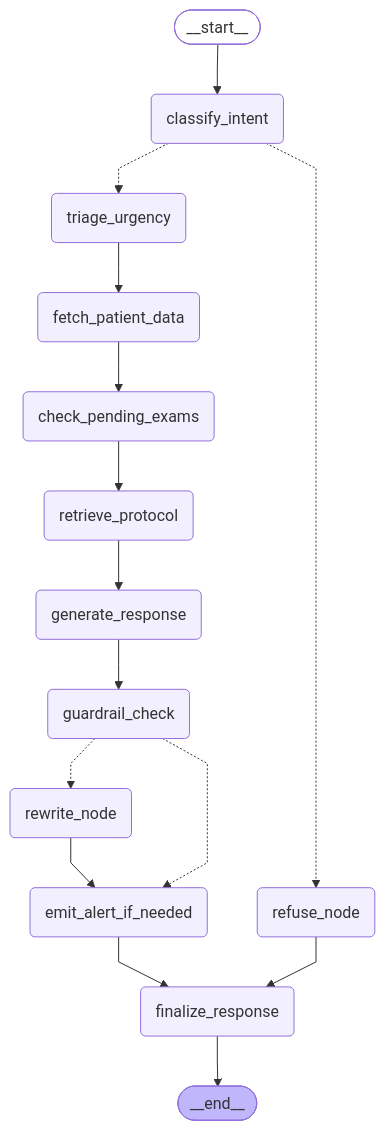
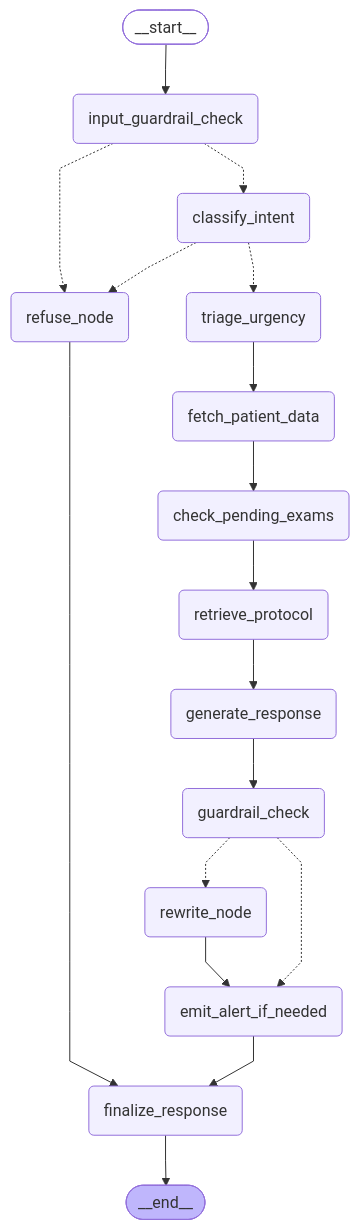
The diagram in medical-assistant/docs/langgraph_flow_auto.md (amaranini/tech-challenge-fase-3), drawn with Mermaid before and after one commit. The commit also changed 35 other files, not shown here.

````diff
--- a/medical-assistant/docs/langgraph_flow_auto.md
+++ b/medical-assistant/docs/langgraph_flow_auto.md
@@ -6,38 +6,41 @@
 ```mermaid
 ---
 config:
   flowchart:
     curve: linear
 ---
 graph TD;
 	__start__([<p>__start__</p>]):::first
+	input_guardrail_check(input_guardrail_check)
 	classify_intent(classify_intent)
 	triage_urgency(triage_urgency)
 	fetch_patient_data(fetch_patient_data)
 	check_pending_exams(check_pending_exams)
 	retrieve_protocol(retrieve_protocol)
 	generate_response(generate_response)
 	guardrail_check(guardrail_check)
 	emit_alert_if_needed(emit_alert_if_needed)
 	finalize_response(finalize_response)
 	refuse_node(refuse_node)
 	rewrite_node(rewrite_node)
 	__end__([<p>__end__</p>]):::last
-	__start__ --> classify_intent;
+	__start__ --> input_guardrail_check;
 	check_pending_exams --> retrieve_protocol;
 	emit_alert_if_needed --> finalize_response;
 	fetch_patient_data --> check_pending_exams;
 	finalize_response --> __end__;
 	generate_response --> guardrail_check;
 	refuse_node --> finalize_response;
 	retrieve_protocol --> generate_response;
 	rewrite_node --> emit_alert_if_needed;
 	triage_urgency --> fetch_patient_data;
+	input_guardrail_check -.-> refuse_node;
+	input_guardrail_check -.-> classify_intent;
 	classify_intent -.-> refuse_node;
 	classify_intent -.-> triage_urgency;
 	guardrail_check -.-> rewrite_node;
 	guardrail_check -.-> emit_alert_if_needed;
 	classDef default fill:#f2f0ff,line-height:1.2
 	classDef first fill-opacity:0
 	classDef last fill:#bfb6fc
 ```
````
